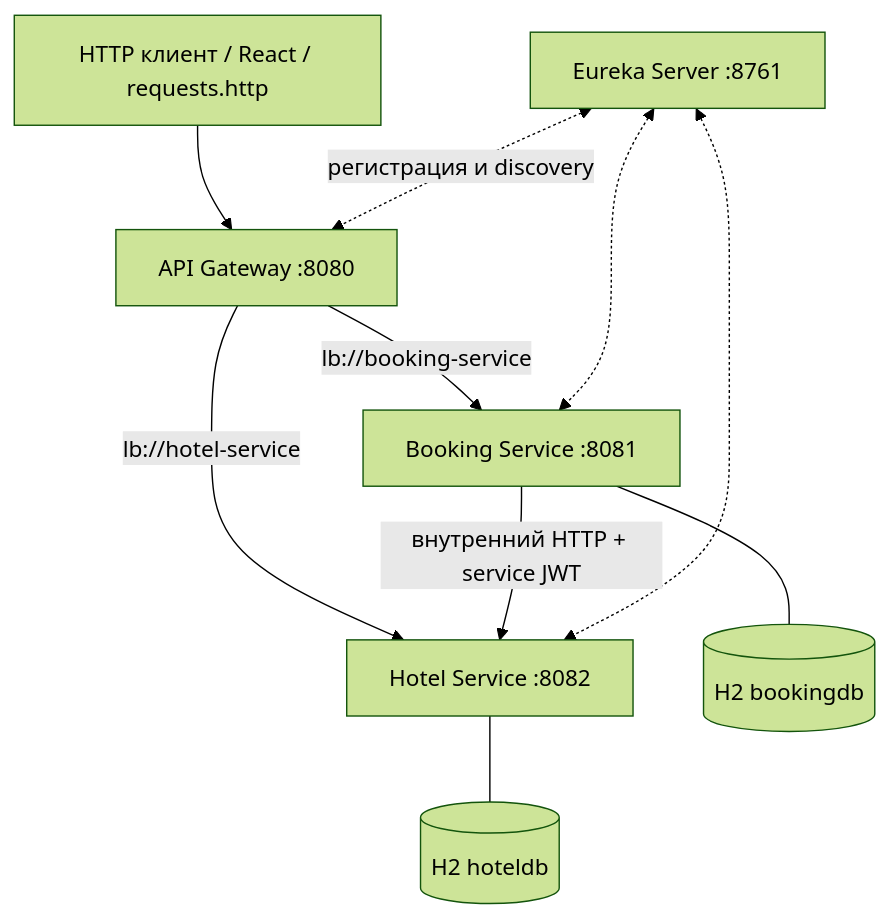
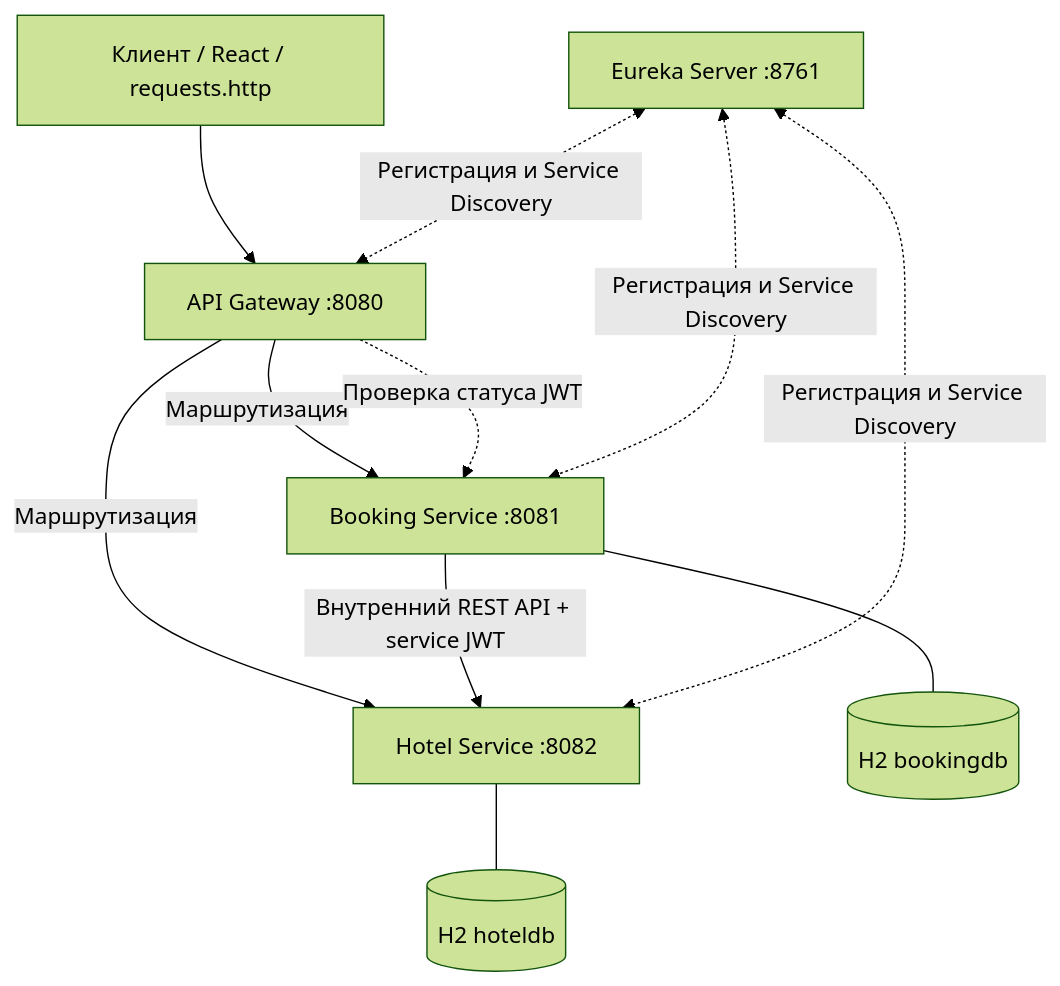
One commit to vkuryndin/hotel-booking-system changed the first of 2 diagrams in README.md. Above: the diagram before and after it, drawn with Mermaid (forest theme). The commit also changed other lines of this file and 9 other files, not shown here.

````diff
--- a/README.md
+++ b/README.md
@@ -29,12 +29,17 @@
 ```mermaid
 flowchart TB
-    Client[HTTP клиент / React / requests.http] --> GW[API Gateway :8080]
-    GW -->|lb://booking-service| BS[Booking Service :8081]
-    GW -->|lb://hotel-service| HS[Hotel Service :8082]
-    BS -->|внутренний HTTP + service JWT| HS
-    BS --- BDB[(H2 bookingdb)]
-    HS --- HDB[(H2 hoteldb)]
-    E[Eureka Server :8761] <-.регистрация и discovery.-> GW
-    E <-.-> BS
-    E <-.-> HS
+    Client["Клиент / React / requests.http"] --> GW["API Gateway :8080"]
+
+    GW -->|"Маршрутизация"| BS["Booking Service :8081"]
+    GW -->|"Маршрутизация"| HS["Hotel Service :8082"]
+    GW -.->|"Проверка статуса JWT"| BS
+    BS -->|"Внутренний REST API + service JWT"| HS
+
+    BS --- BDB[("H2 bookingdb")]
+    HS --- HDB[("H2 hoteldb")]
+
+    E["Eureka Server :8761"]
+    E <-.->|"Регистрация и Service Discovery"| GW
+    E <-.->|"Регистрация и Service Discovery"| BS
+    E <-.->|"Регистрация и Service Discovery"| HS
 ```
````
